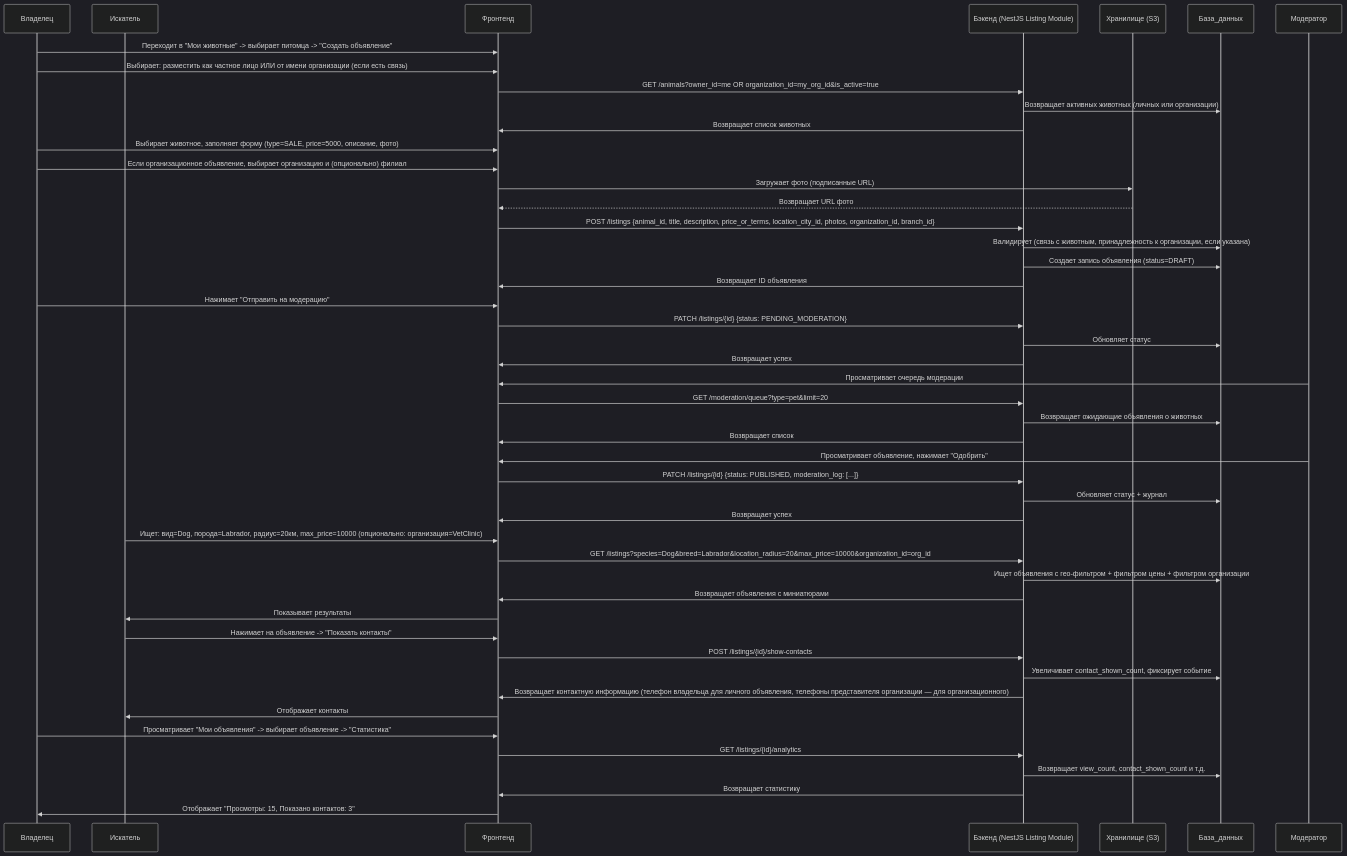
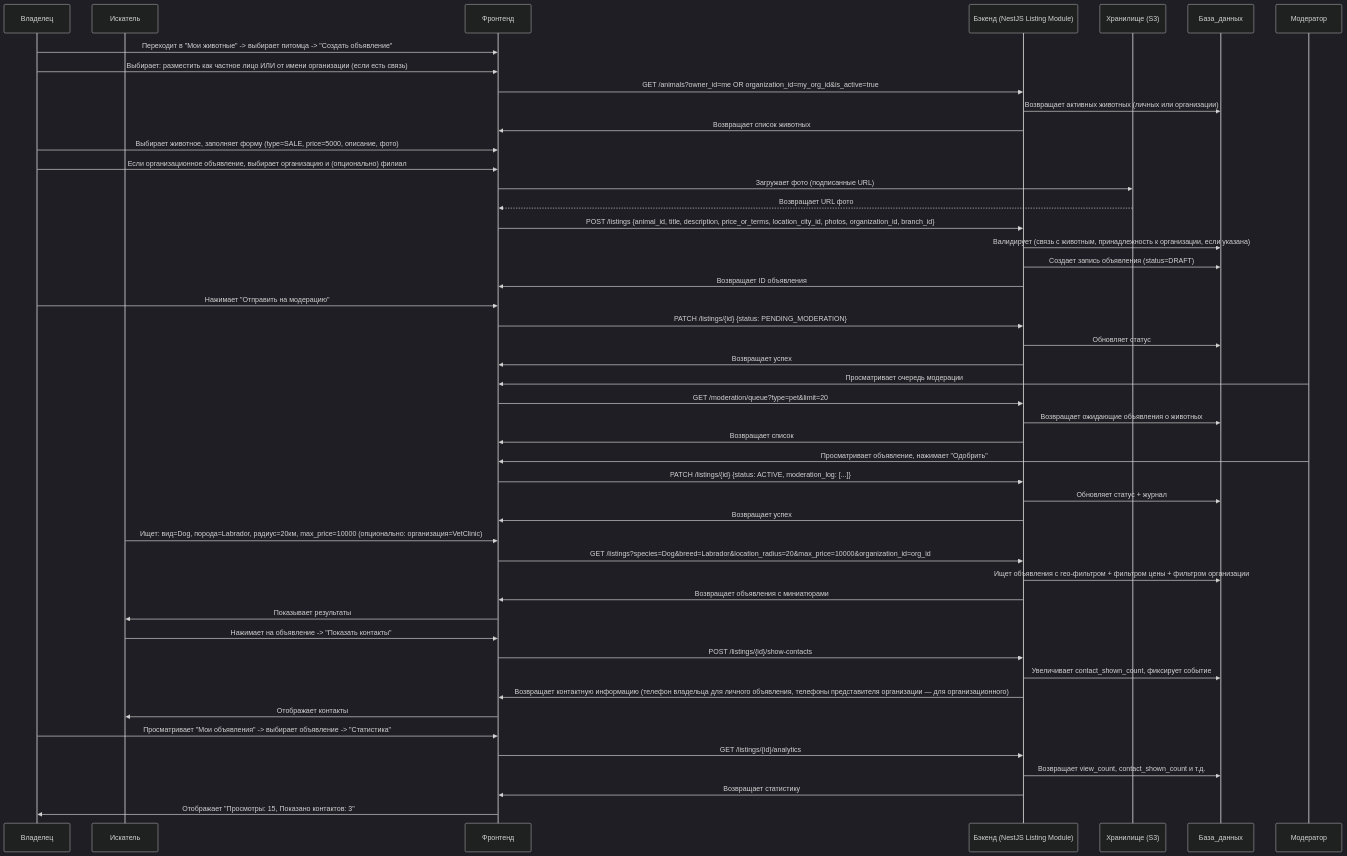
The diagram in docsRU/02-requirements/business-requirements/pet-marketplace.md (Aleksandr-Sulimenko/ZooLink), drawn with Mermaid (dark theme) before and after one commit. The commit also changed other lines of this file and 16 other files, not shown here.

````diff
--- a/docsRU/02-requirements/business-requirements/pet-marketplace.md
+++ b/docsRU/02-requirements/business-requirements/pet-marketplace.md
@@ -191,62 +192,62 @@
 ```mermaid
 sequenceDiagram
     participant Владелец
     participant Искатель
     participant Фронтенд
     participant Бэкенд as Бэкенд (NestJS Listing Module)
     participant Хранилище as Хранилище (S3)
     participant База_данных
     participant Модератор
 
     %% Владелец создает объявление
     Владелец->>Фронтенд: Переходит в "Мои животные" -> выбирает питомца -> "Создать объявление"
     Владелец->>Фронтенд: Выбирает: разместить как частное лицо ИЛИ от имени организации (если есть связь)
     Фронтенд->>Бэкенд: GET /animals?owner_id=me OR organization_id=my_org_id&is_active=true
     Бэкенд->>База_данных: Возвращает активных животных (личных или организации)
     Бэкенд->>Фронтенд: Возвращает список животных
 
     Владелец->>Фронтенд: Выбирает животное, заполняет форму (type=SALE, price=5000, описание, фото)
     Владелец->>Фронтенд: Если организационное объявление, выбирает организацию и (опционально) филиал
     Фронтенд->>Хранилище: Загружает фото (подписанные URL)
     Хранилище-->>Фронтенд: Возвращает URL фото
     Фронтенд->>Бэкенд: POST /listings {animal_id, title, description, price_or_terms, location_city_id, photos, organization_id, branch_id}
     Бэкенд->>База_данных: Валидирует (связь с животным, принадлежность к организации, если указана)
     Бэкенд->>База_данных: Создает запись объявления (status=DRAFT)
     Бэкенд->>Фронтенд: Возвращает ID объявления
 
     Владелец->>Фронтенд: Нажимает "Отправить на модерацию"
     Фронтенд->>Бэкенд: PATCH /listings/{id} {status: PENDING_MODERATION}
     Бэкенд->>База_данных: Обновляет статус
     Бэкенд->>Фронтенд: Возвращает успех
 
     %% Модерация
     Модератор->>Фронтенд: Просматривает очередь модерации
     Фронтенд->>Бэкенд: GET /moderation/queue?type=pet&limit=20
     Бэкенд->>База_данных: Возвращает ожидающие объявления о животных
     Бэкенд->>Фронтенд: Возвращает список
 
     Модератор->>Фронтенд: Просматривает объявление, нажимает "Одобрить"
-    Фронтенд->>Бэкенд: PATCH /listings/{id} {status: PUBLISHED, moderation_log: [...]}
+    Фронтенд->>Бэкенд: PATCH /listings/{id} {status: ACTIVE, moderation_log: [...]}
     Бэкенд->>База_данных: Обновляет статус + журнал
     Бэкенд->>Фронтенд: Возвращает успех
 
     %% Искатель находит объявление
     Искатель->>Фронтенд: Ищет: вид=Dog, порода=Labrador, радиус=20км, max_price=10000 (опционально: организация=VetClinic)
     Фронтенд->>Бэкенд: GET /listings?species=Dog&breed=Labrador&location_radius=20&max_price=10000&organization_id=org_id
     Бэкенд->>База_данных: Ищет объявления с гео-фильтром + фильтром цены + фильтром организации
     Бэкенд->>Фронтенд: Возвращает объявления с миниатюрами
     Фронтенд->>Искатель: Показывает результаты
 
     Искатель->>Фронтенд: Нажимает на объявление -> "Показать контакты"
     Фронтенд->>Бэкенд: POST /listings/{id}/show-contacts
     Бэкенд->>База_данных: Увеличивает contact_shown_count, фиксирует событие
     Бэкенд->>Фронтенд: Возвращает контактную информацию (телефон владельца для личного объявления, телефоны представителя организации — для организационного)
     Фронтенд->>Искатель: Отображает контакты
 
     %% Владелец/представитель видит аналитику
     Владелец->>Фронтенд: Просматривает "Мои объявления" -> выбирает объявление -> "Статистика"
     Фронтенд->>Бэкенд: GET /listings/{id}/analytics
     Бэкенд->>База_данных: Возвращает view_count, contact_shown_count и т.д.
     Бэкенд->>Фронтенд: Возвращает статистику
     Фронтенд->>Владелец: Отображает "Просмотры: 15, Показано контактов: 3"
 ```
````
